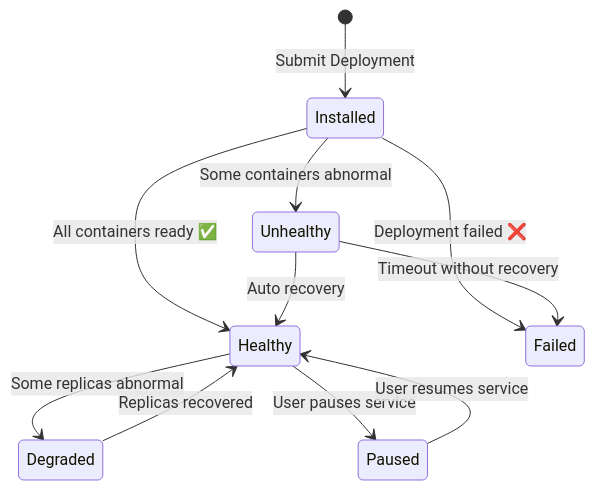
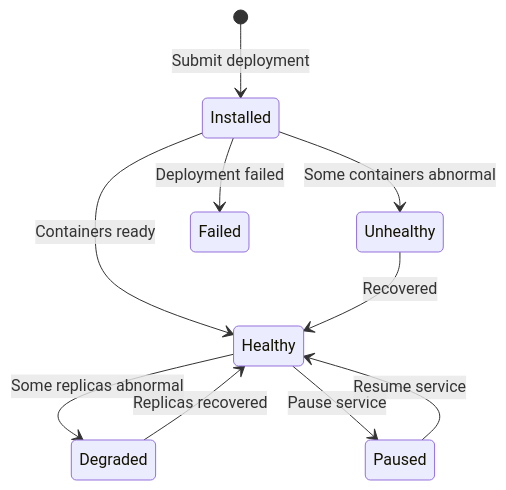
Before and after one commit to poxiaoyun/docs: the third of 3 diagrams in src/pages/docs/en/02.guide/01.quick-start.md, drawn with Mermaid. The commit also changed other lines of this file and 463 other files, not shown here.

````diff
--- a/src/pages/docs/en/02.guide/01.quick-start.md
+++ b/src/pages/docs/en/02.guide/01.quick-start.md
@@ -392,13 +351,12 @@
 ```mermaid
 stateDiagram-v2
-    [*] --> Installed : Submit Deployment
-    Installed --> Healthy : All containers ready ✅
+    [*] --> Installed : Submit deployment
+    Installed --> Healthy : Containers ready
     Installed --> Unhealthy : Some containers abnormal
-    Installed --> Failed : Deployment failed ❌
+    Installed --> Failed : Deployment failed
     Healthy --> Degraded : Some replicas abnormal
-    Healthy --> Paused : User pauses service
-    Paused --> Healthy : User resumes service
-    Unhealthy --> Healthy : Auto recovery
-    Unhealthy --> Failed : Timeout without recovery
+    Healthy --> Paused : Pause service
+    Paused --> Healthy : Resume service
+    Unhealthy --> Healthy : Recovered
     Degraded --> Healthy : Replicas recovered
 ```
````
